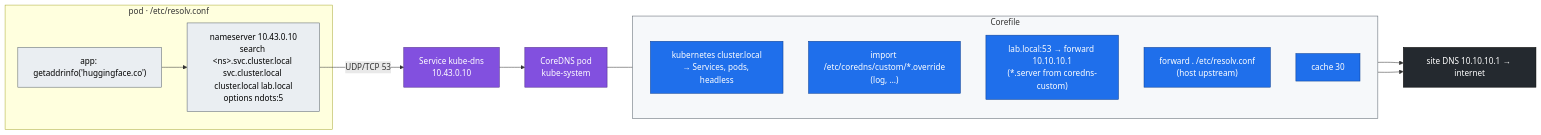
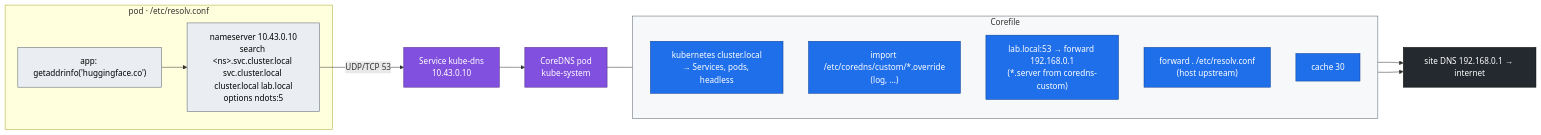
The diagram in 02 Kubernetes/08-coredns-and-service-discovery.md (cloudone365/technical-depth), drawn with Mermaid before and after one commit. The commit also changed other lines of this file and 57 other files, not shown here.

````diff
--- a/02 Kubernetes/08-coredns-and-service-discovery.md
+++ b/02 Kubernetes/08-coredns-and-service-discovery.md
@@ -23,29 +23,29 @@
 ```mermaid
 flowchart LR
   subgraph POD["pod · /etc/resolv.conf"]
     APP["app: getaddrinfo('huggingface.co')"]
     RC["nameserver 10.43.0.10<br/>search &lt;ns&gt;.svc.cluster.local svc.cluster.local cluster.local lab.local<br/>options ndots:5"]
   end
   APP --> RC -->|"UDP/TCP 53"| SVC["Service kube-dns<br/>10.43.0.10"]
   SVC --> CD["CoreDNS pod<br/>kube-system"]
   subgraph CF["Corefile"]
     direction TB
     K8S["kubernetes cluster.local<br/>→ Services, pods, headless"]
     CUST["import /etc/coredns/custom/*.override<br/>(log, …)"]
-    LAB["lab.local:53 → forward 10.10.10.1<br/>(*.server from coredns-custom)"]
+    LAB["lab.local:53 → forward 192.168.0.1<br/>(*.server from coredns-custom)"]
     FWD["forward . /etc/resolv.conf<br/>(host upstream)"]
     CACHE["cache 30"]
   end
   CD --- CF
-  FWD --> UP["site DNS 10.10.10.1 → internet"]
+  FWD --> UP["site DNS 192.168.0.1 → internet"]
   LAB --> UP
   classDef net fill:#8250df,stroke:#4c2889,color:#fff
   classDef ctrl fill:#1f6feb,stroke:#0b3d91,color:#fff
   classDef ext fill:#24292f,stroke:#000,color:#fff
   classDef tenant fill:#eaeef2,stroke:#57606a,color:#000
   class SVC,CD net
   class K8S,CUST,LAB,FWD,CACHE ctrl
   class UP ext
   class APP,RC tenant
   style CF fill:#f6f8fa,stroke:#57606a
 ```
````
